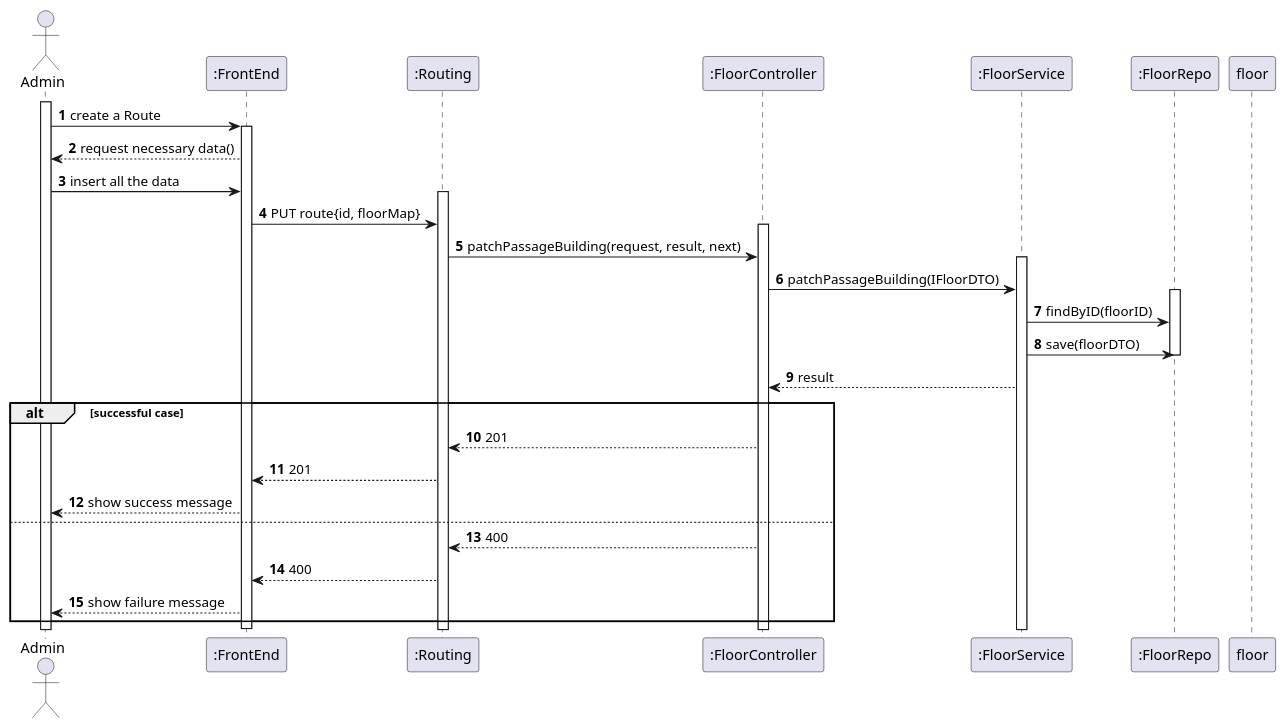
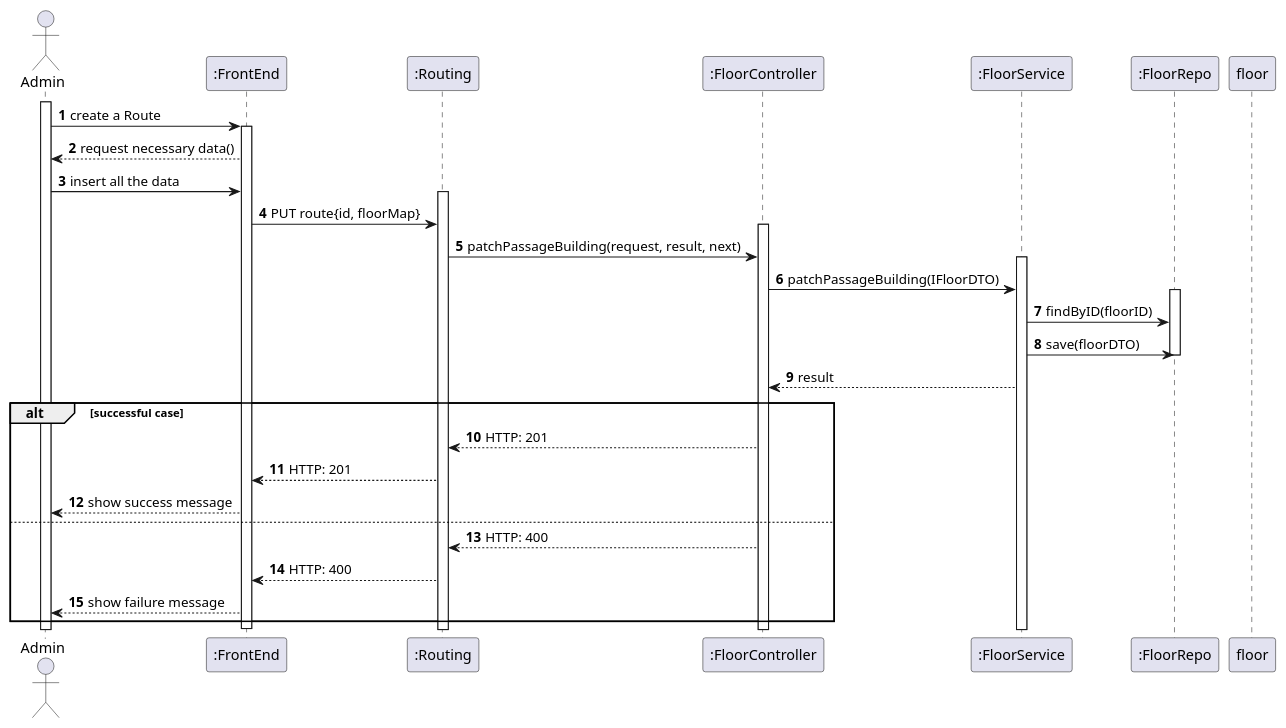
One commit to NunoTeixeiraMota/ProjetoIntegrador24 changed the diagram in docs/US250/Level3_patchBuildingPassage.puml. Above: the diagram before and after it, drawn with PlantUML. The commit also changed 4 other files, not shown here.

Commit message:
DIagrams of US250

```diff
--- a/docs/US250/Level3_patchBuildingPassage.puml
+++ b/docs/US250/Level3_patchBuildingPassage.puml
@@ -1,43 +1,43 @@
 @startuml
 autonumber
 'hide footbox
 actor "Admin" as admin
 
 participant ":FrontEnd" as sys
 participant ":Routing" as route
 participant ":FloorController" as ctrl
 participant ":FloorService" as srvc
 participant ":FloorRepo" as repo
 
 
 activate admin
 
 admin -> sys: create a Route
 activate sys
 
 sys --> admin: request necessary data()
 admin -> sys : insert all the data
 activate route
 sys -> route: PUT route{id, floorMap}
 activate ctrl
 route -> ctrl: patchPassageBuilding(request, result, next)
 activate srvc
 ctrl -> srvc: patchPassageBuilding(IFloorDTO)
 activate repo
 srvc -> repo: findByID(floorID)
 srvc -> repo: save(floorDTO)
 deactivate repo
 srvc --> ctrl: result
 
 alt successful case
-    ctrl --> route : 201
-    route --> sys: 201
+    ctrl --> route : HTTP: 201
+    route --> sys: HTTP: 201
     sys --> admin: show success message
 else
-    ctrl --> route : 400
-    route --> sys: 400
+    ctrl --> route : HTTP: 400
+    route --> sys: HTTP: 400
     sys --> admin: show failure message
 end
 deactivate floor
 deactivate sys
 @enduml
```
